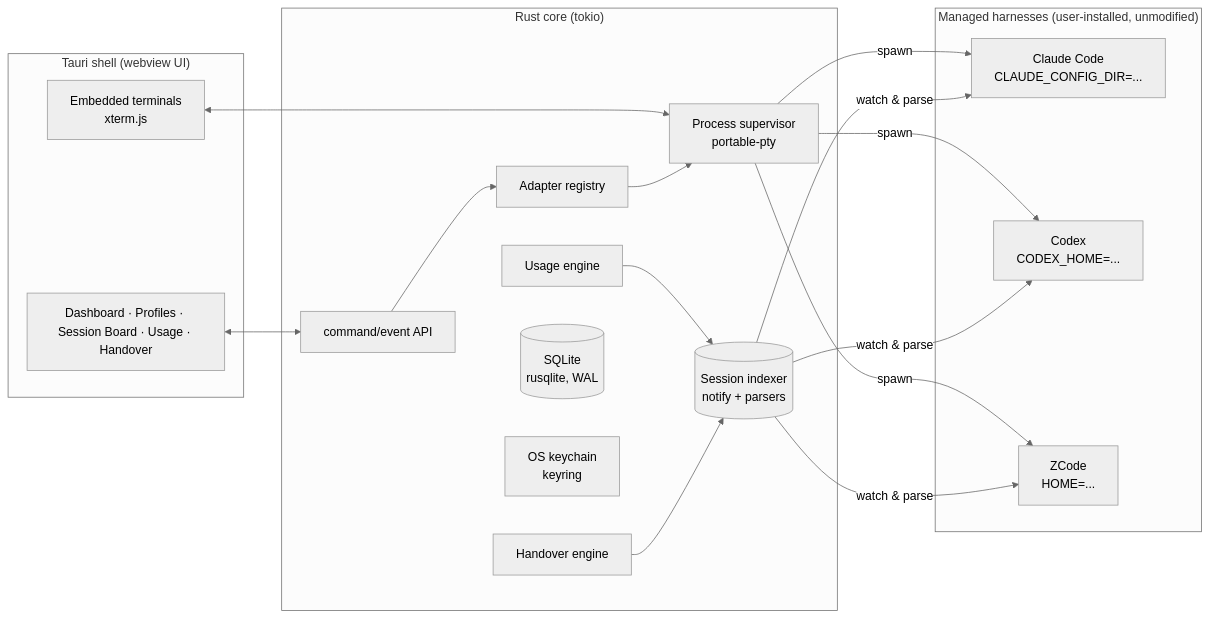
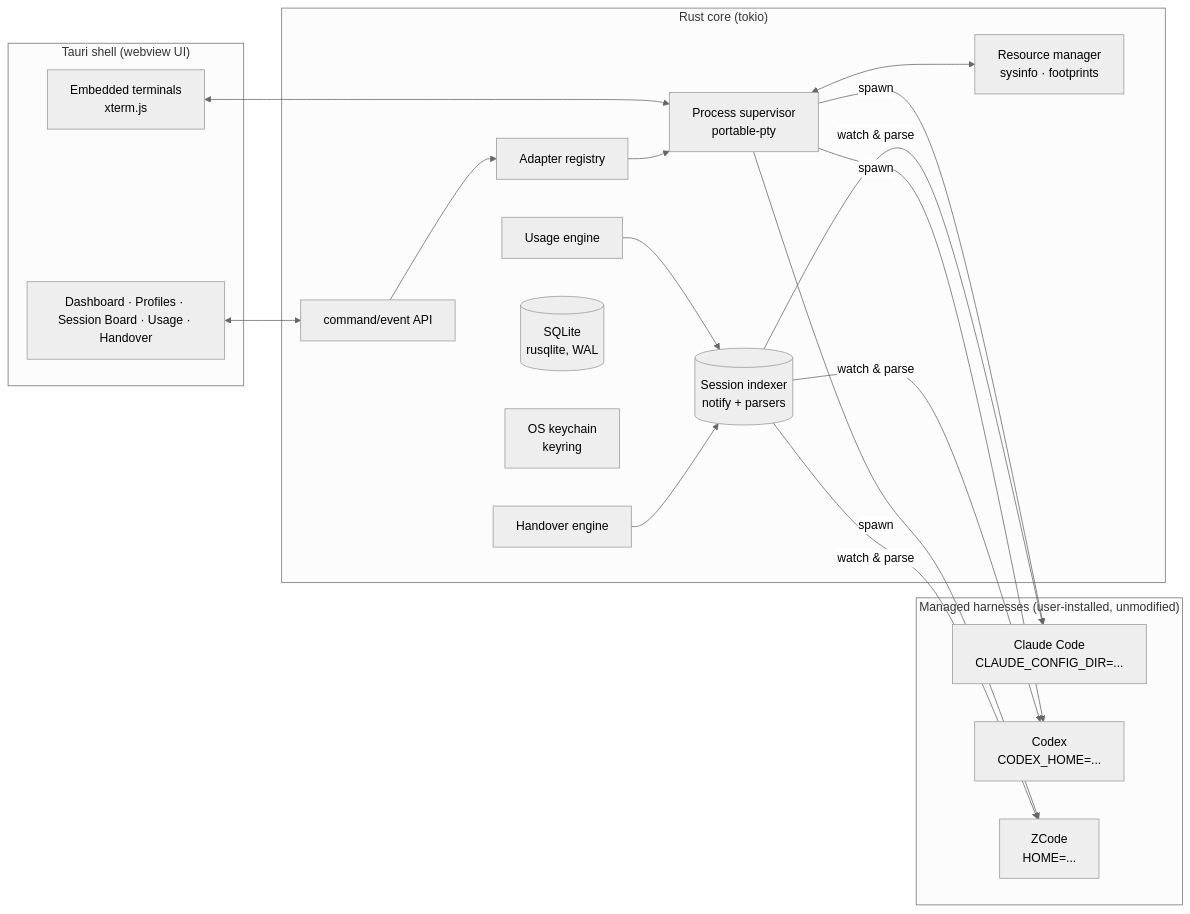
Before and after one commit to fbrbovic/ai-juggler: the diagram in docs/SPEC.md, drawn with Mermaid (neutral theme). The commit also changed other lines of this file and 3 other files, not shown here.

First line of the commit message:
docs: add machine health subsystem — resource manager, overload alerts, crash recovery

````diff
--- a/docs/SPEC.md
+++ b/docs/SPEC.md
@@ -29,30 +30,32 @@
 ```mermaid
 flowchart LR
     subgraph UI["Tauri shell (webview UI)"]
         FE[Dashboard · Profiles · Session Board · Usage · Handover]
         TERM[Embedded terminals<br/>xterm.js]
     end
     subgraph CORE["Rust core (tokio)"]
         API[command/event API]
         REG[Adapter registry]
         SUP[Process supervisor<br/>portable-pty]
+        RM[Resource manager<br/>sysinfo · footprints]
         IDX[(Session indexer<br/>notify + parsers)]
         USE[Usage engine]
         HO[Handover engine]
         DB[(SQLite<br/>rusqlite, WAL)]
         KEY[OS keychain<br/>keyring]
     end
     subgraph HARNESSES["Managed harnesses (user-installed, unmodified)"]
         CC[Claude Code<br/>CLAUDE_CONFIG_DIR=...]
         CX[Codex<br/>CODEX_HOME=...]
         ZC[ZCode<br/>HOME=...]
     end
     FE <--> API
     TERM <--> SUP
     API --> REG --> SUP
+    SUP <--> RM
     SUP -->|spawn| CC & CX & ZC
     IDX -->|watch & parse| CC & CX & ZC
     USE --> IDX
     HO --> IDX
     CORE --> DB & KEY
 ```
````
